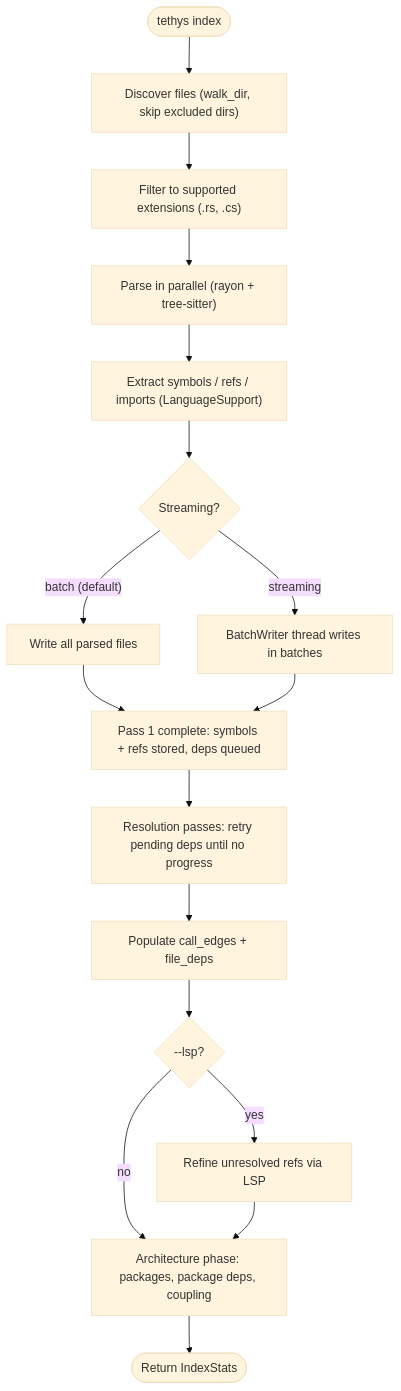
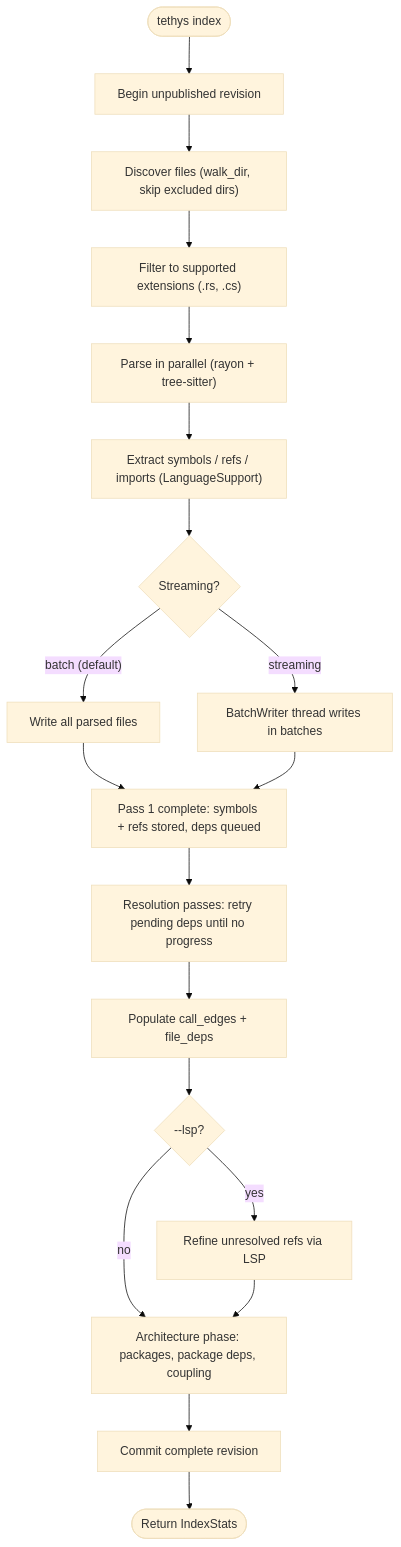
Before and after one commit to dwalleck/tethys: the first of 7 diagrams in .agents/summary/workflows.md, drawn with Mermaid (base theme). The commit also changed other lines of this file and 29 other files, not shown here.

First line of the commit message:
feat(index): publish complete index revisions atomically

````diff
--- a/.agents/summary/workflows.md
+++ b/.agents/summary/workflows.md
@@ -8,19 +8,21 @@
 ```mermaid
 flowchart TD
-    Start([tethys index]) --> Discover["Discover files (walk_dir, skip excluded dirs)"]
+    Start([tethys index]) --> Begin["Begin unpublished revision"]
+    Begin --> Discover["Discover files (walk_dir, skip excluded dirs)"]
     Discover --> Filter["Filter to supported extensions (.rs, .cs)"]
     Filter --> Parse["Parse in parallel (rayon + tree-sitter)"]
     Parse --> Extract["Extract symbols / refs / imports (LanguageSupport)"]
     Extract --> Mode{Streaming?}
     Mode -- "batch (default)" --> WriteBatch["Write all parsed files"]
     Mode -- "streaming" --> WriteStream["BatchWriter thread writes in batches"]
     WriteBatch --> Pass1
     WriteStream --> Pass1
     Pass1["Pass 1 complete: symbols + refs stored, deps queued"] --> Resolve["Resolution passes: retry pending deps until no progress"]
     Resolve --> Edges["Populate call_edges + file_deps"]
     Edges --> LSP{"--lsp?"}
     LSP -- yes --> Refine["Refine unresolved refs via LSP"]
     LSP -- no --> Arch
     Refine --> Arch["Architecture phase: packages, package deps, coupling"]
-    Arch --> Stats([Return IndexStats])
+    Arch --> Publish["Commit complete revision"]
+    Publish --> Stats([Return IndexStats])
 ```
````
